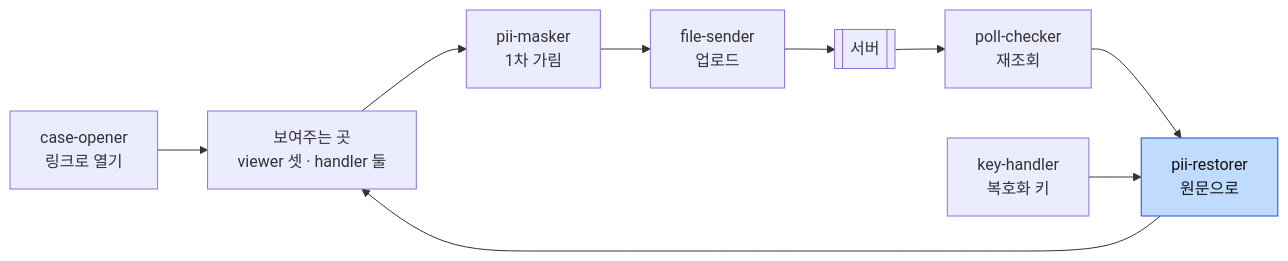
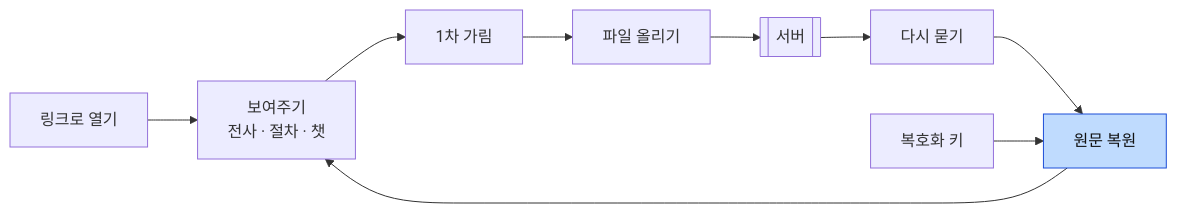
Before and after one commit to Dojaegyum/fsec-ai-challenge: the eighth of 10 diagrams in ARCHITECTURE.md, drawn with Mermaid. The commit also changed other lines of this file, not shown here.

First line of the commit message:
ARCHITECTURE.md 그림에서 코드 이름을 빼고 하는 일을 한글로 적는다 — 상자 한 줄은 한글 10자·영문 10자 안으로, 모듈 이름은 그림 아래 표로, 머리말·「이 문서의 자리」·설명조 문장은 없앤다

````diff
--- a/ARCHITECTURE.md
+++ b/ARCHITECTURE.md
@@ -313,9 +289,9 @@
 ```mermaid
 flowchart LR
-    OPEN["case-opener<br/>링크로 열기"] --> SHOW["보여주는 곳<br/>viewer 셋 · handler 둘"]
-    SHOW --> MASK["pii-masker<br/>1차 가림"] --> SEND["file-sender<br/>업로드"] --> SV[["서버"]]
-    SV --> POLL["poll-checker<br/>재조회"] --> REST["pii-restorer<br/>원문으로"] --> SHOW
-    KEY["key-handler<br/>복호화 키"] --> REST
+    OPEN["링크로 열기"] --> SHOW["보여주기<br/>전사 · 절차 · 챗"]
+    SHOW --> MASK["1차 가림"] --> SEND["파일 올리기"] --> SV[["서버"]]
+    SV --> POLL["다시 묻기"] --> REST["원문 복원"] --> SHOW
+    KEY["복호화 키"] --> REST
 
     style REST fill:#bfdbfe,stroke:#1d4ed8,color:#111
 ```
````
